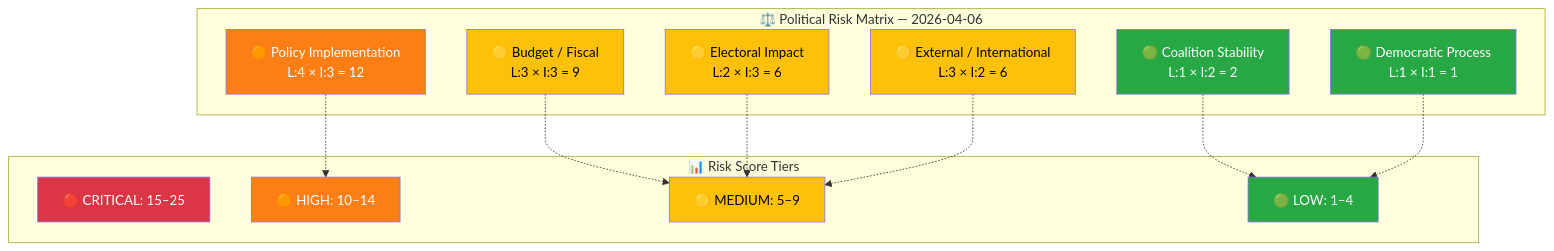
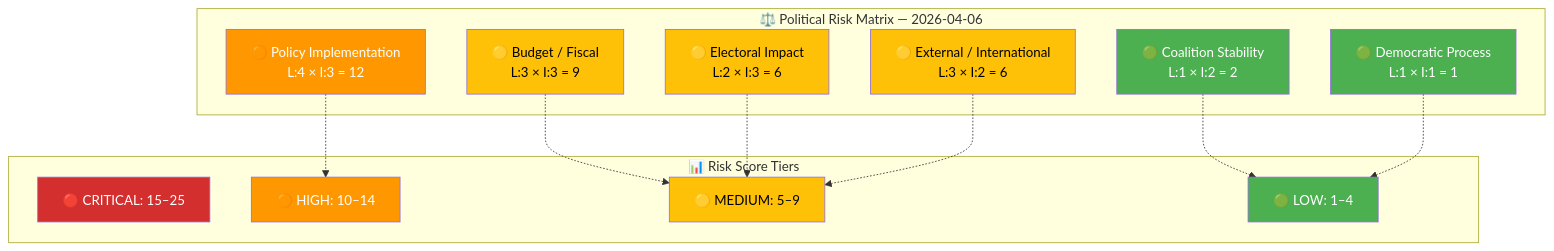
One commit to Hack23/riksdagsmonitor changed the first of 2 diagrams in analysis/daily/2026-04-06/realtime-1029/risk-assessment.md. Above: the diagram before and after it, drawn with Mermaid. The commit also changed other lines of this file and 785 other files, not shown here.

First line of the commit message:
Normalize mermaid colors across 786 analysis artifacts to ISMS Style Guide palette

````diff
--- a/analysis/daily/2026-04-06/realtime-1029/risk-assessment.md
+++ b/analysis/daily/2026-04-06/realtime-1029/risk-assessment.md
@@ -17,36 +17,36 @@
 ```mermaid
 graph TD
     subgraph "⚖️ Political Risk Matrix — 2026-04-06"
         R1["🟢 Coalition Stability<br/>L:1 × I:2 = 2"]
         R2["🟠 Policy Implementation<br/>L:4 × I:3 = 12"]
         R3["🟡 Budget / Fiscal<br/>L:3 × I:3 = 9"]
         R4["🟡 Electoral Impact<br/>L:2 × I:3 = 6"]
         R5["🟢 Democratic Process<br/>L:1 × I:1 = 1"]
         R6["🟡 External / International<br/>L:3 × I:2 = 6"]
     end
 
     subgraph "📊 Risk Score Tiers"
         T1["🔴 CRITICAL: 15–25"]
         T2["🟠 HIGH: 10–14"]
         T3["🟡 MEDIUM: 5–9"]
         T4["🟢 LOW: 1–4"]
     end
 
     R2 -.-> T2
     R3 -.-> T3
     R4 -.-> T3
     R6 -.-> T3
     R1 -.-> T4
     R5 -.-> T4
 
-    style R1 fill:#28a745,color:#fff
-    style R2 fill:#fd7e14,color:#fff
-    style R3 fill:#ffc107,color:#000
-    style R4 fill:#ffc107,color:#000
-    style R5 fill:#28a745,color:#fff
-    style R6 fill:#ffc107,color:#000
-    style T1 fill:#dc3545,color:#fff
-    style T2 fill:#fd7e14,color:#fff
-    style T3 fill:#ffc107,color:#000
-    style T4 fill:#28a745,color:#fff
+    style R1 fill:#4CAF50,color:#FFFFFF
+    style R2 fill:#FF9800,color:#FFFFFF
+    style R3 fill:#FFC107,color:#000000
+    style R4 fill:#FFC107,color:#000000
+    style R5 fill:#4CAF50,color:#FFFFFF
+    style R6 fill:#FFC107,color:#000000
+    style T1 fill:#D32F2F,color:#FFFFFF
+    style T2 fill:#FF9800,color:#FFFFFF
+    style T3 fill:#FFC107,color:#000000
+    style T4 fill:#4CAF50,color:#FFFFFF
 ```
````
